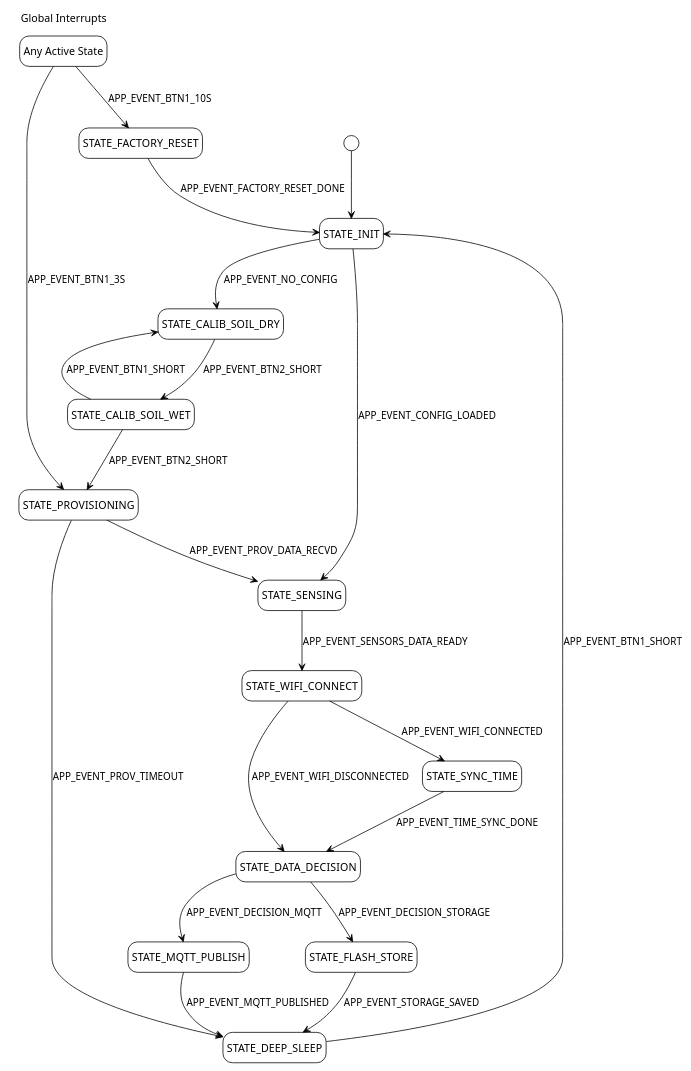
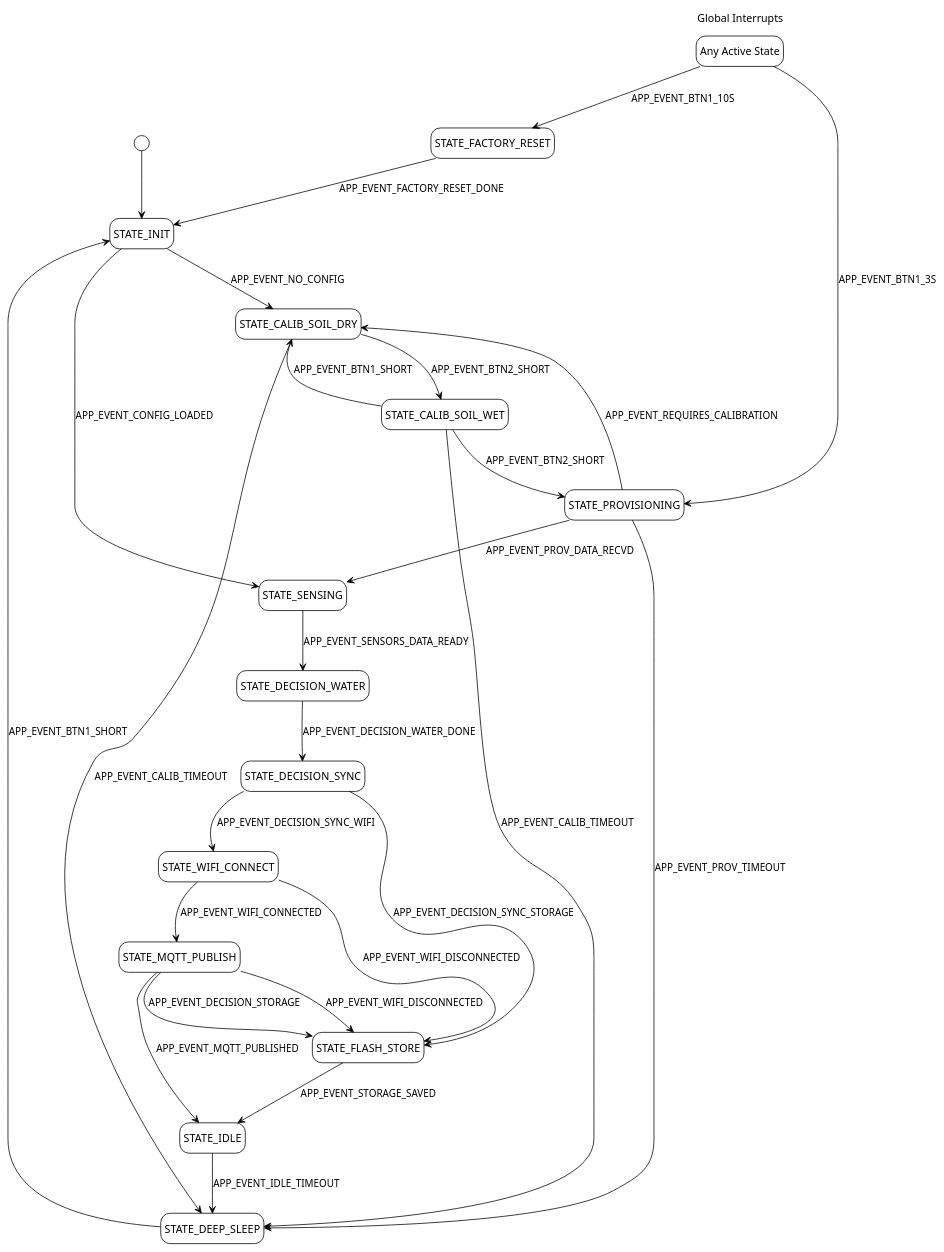
The diagram in firmware/all_sensors/fsm.puml (AGH2025-26-IoT-Smart-Doniczka/smart-pot), drawn with PlantUML before and after one commit. The commit also changed 59 other files, not shown here.

```diff
--- a/firmware/all_sensors/fsm.puml
+++ b/firmware/all_sensors/fsm.puml
@@ -1,62 +1,70 @@
 @startuml
 !theme plain
 hide empty description
 
 ' === STATE DEFINITIONS (Matching app_state_t) ===
 state STATE_INIT
 state STATE_CALIB_SOIL_DRY
 state STATE_CALIB_SOIL_WET
 state STATE_PROVISIONING
 state STATE_WIFI_CONNECT
-state STATE_SYNC_TIME
+state STATE_DECISION_WATER
+state STATE_DECISION_SYNC
 state STATE_SENSING
-state STATE_DATA_DECISION
 state STATE_MQTT_PUBLISH
 state STATE_FLASH_STORE
 state STATE_FACTORY_RESET
+state STATE_IDLE
 state STATE_DEEP_SLEEP
 
 ' === STARTUP ===
 [*] --> STATE_INIT
 STATE_INIT --> STATE_SENSING : APP_EVENT_CONFIG_LOADED
 STATE_INIT --> STATE_CALIB_SOIL_DRY : APP_EVENT_NO_CONFIG
 
 STATE_CALIB_SOIL_DRY --> STATE_CALIB_SOIL_WET : APP_EVENT_BTN2_SHORT
 STATE_CALIB_SOIL_WET --> STATE_PROVISIONING : APP_EVENT_BTN2_SHORT
 STATE_CALIB_SOIL_WET --> STATE_CALIB_SOIL_DRY : APP_EVENT_BTN1_SHORT
 
 ' === PROVISIONING ===
 STATE_PROVISIONING --> STATE_SENSING : APP_EVENT_PROV_DATA_RECVD
 STATE_PROVISIONING --> STATE_DEEP_SLEEP : APP_EVENT_PROV_TIMEOUT
+STATE_PROVISIONING --> STATE_CALIB_SOIL_DRY : APP_EVENT_REQUIRES_CALIBRATION
+
+STATE_CALIB_SOIL_DRY --> STATE_DEEP_SLEEP : APP_EVENT_CALIB_TIMEOUT
+STATE_CALIB_SOIL_WET --> STATE_DEEP_SLEEP : APP_EVENT_CALIB_TIMEOUT
 
 ' === CONNECTIVITY ===
-STATE_WIFI_CONNECT --> STATE_SYNC_TIME : APP_EVENT_WIFI_CONNECTED
-STATE_WIFI_CONNECT --> STATE_DATA_DECISION : APP_EVENT_WIFI_DISCONNECTED
-
-STATE_SYNC_TIME --> STATE_DATA_DECISION : APP_EVENT_TIME_SYNC_DONE
+STATE_WIFI_CONNECT --> STATE_FLASH_STORE : APP_EVENT_WIFI_DISCONNECTED
+STATE_WIFI_CONNECT --> STATE_MQTT_PUBLISH : APP_EVENT_WIFI_CONNECTED
 
 ' === SENSING ===
-STATE_SENSING --> STATE_WIFI_CONNECT : APP_EVENT_SENSORS_DATA_READY
+STATE_SENSING --> STATE_DECISION_WATER : APP_EVENT_SENSORS_DATA_READY
 
-' === DATA HANDLING (Decision Logic) ===
-' Note: The decision is internal logic based on wifi status
-STATE_DATA_DECISION --> STATE_MQTT_PUBLISH : APP_EVENT_DECISION_MQTT 
-STATE_DATA_DECISION --> STATE_FLASH_STORE :  APP_EVENT_DECISION_STORAGE
+' === DECISION (WATER) ===
+STATE_DECISION_WATER --> STATE_DECISION_SYNC : APP_EVENT_DECISION_WATER_DONE
 
-STATE_MQTT_PUBLISH --> STATE_DEEP_SLEEP : APP_EVENT_MQTT_PUBLISHED
-STATE_FLASH_STORE --> STATE_DEEP_SLEEP : APP_EVENT_STORAGE_SAVED
+' === DECISION (SYNC) ===
+STATE_DECISION_SYNC --> STATE_WIFI_CONNECT : APP_EVENT_DECISION_SYNC_WIFI
+STATE_DECISION_SYNC --> STATE_FLASH_STORE : APP_EVENT_DECISION_SYNC_STORAGE
+
+STATE_MQTT_PUBLISH --> STATE_IDLE : APP_EVENT_MQTT_PUBLISHED
+STATE_MQTT_PUBLISH --> STATE_FLASH_STORE : APP_EVENT_DECISION_STORAGE
+STATE_MQTT_PUBLISH --> STATE_FLASH_STORE : APP_EVENT_WIFI_DISCONNECTED
+STATE_FLASH_STORE --> STATE_IDLE : APP_EVENT_STORAGE_SAVED
 
 
 ' === WAKEUP & RESET ===
 STATE_FACTORY_RESET --> STATE_INIT : APP_EVENT_FACTORY_RESET_DONE
+STATE_IDLE --> STATE_DEEP_SLEEP : APP_EVENT_IDLE_TIMEOUT
 STATE_DEEP_SLEEP --> STATE_INIT : APP_EVENT_BTN1_SHORT 
 
 ' === GLOBAL INTERRUPTS ===
 ' These transitions can happen from active states
 state "Global Interrupts" as GI #white ##white {
     state "Any Active State" as ANY
     ANY --> STATE_PROVISIONING : APP_EVENT_BTN1_3S
     ANY --> STATE_FACTORY_RESET : APP_EVENT_BTN1_10S
 }
 
 @enduml
```
